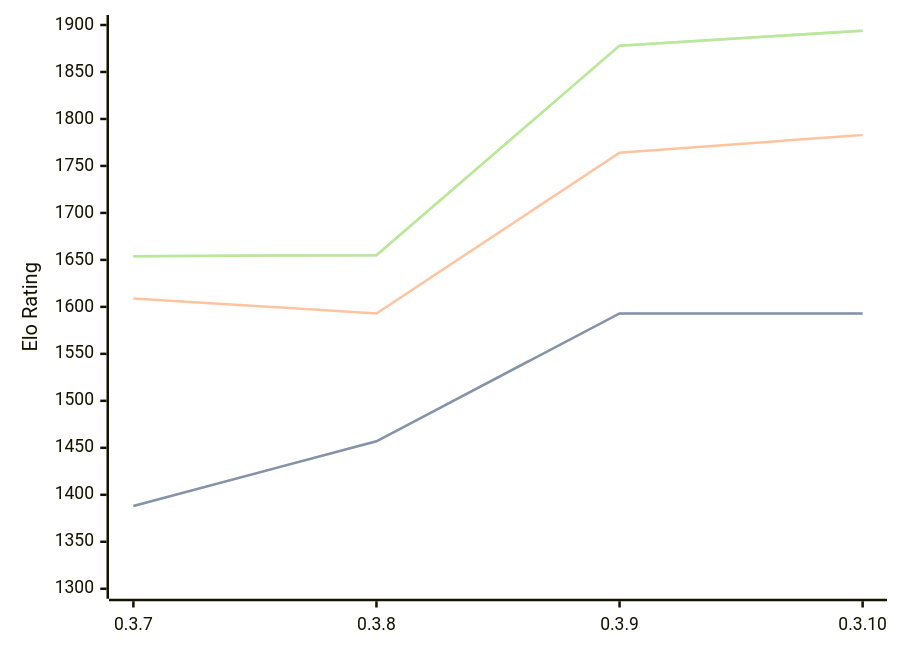
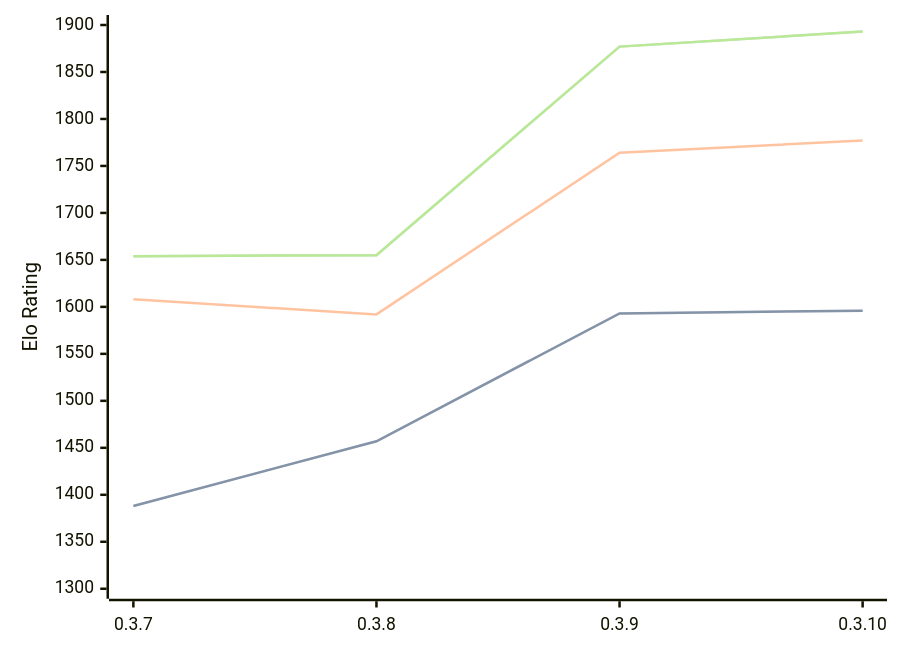
One commit to computer-chess-index/cci changed the diagram in engines/Arche.md. Above: the diagram before and after it, drawn with Mermaid. The commit also changed other lines of this file, not shown here.

Commit message:
Update CCI Ratings (ELO VLTC) - 2026-08-27

````diff
--- a/engines/Arche.md
+++ b/engines/Arche.md
@@ -34,11 +34,11 @@
 ```mermaid
 %%{init: {"theme":"base","themeVariables":{"seriesColors:['#a3a3a3','#222221','#faa371']}}}%%
 xychart-beta
   x-axis ["0.3.7", "0.3.8", "0.3.9", "0.3.10"]
   y-axis "Elo Rating" 1300 --> 1900
-  line "STC (8.0+0.08s)" [1388, 1457, 1593, 1593]
-  line "STC (8.0+0.08s)" [1388, 1457, 1593, 1593]
-  line "LTC (60.0+0.60s)" [1609, 1593, 1764, 1783]
-  line "VLTC (2m24s+1.12s)" [1654, 1655, 1878, 1894]
-  line "VLTC (2m24s+1.12s)" [1654, 1655, 1878, 1894]
+  line "STC (8.0+0.08s)" [1388, 1457, 1593, 1596]
+  line "STC (8.0+0.08s)" [1388, 1457, 1593, 1596]
+  line "LTC (60.0+0.60s)" [1608, 1592, 1764, 1777]
+  line "VLTC (2m24s+1.12s)" [1654, 1655, 1877, 1893]
+  line "VLTC (2m24s+1.12s)" [1654, 1655, 1877, 1893]
 ```
````
